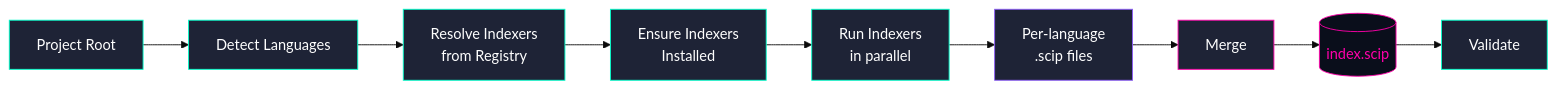
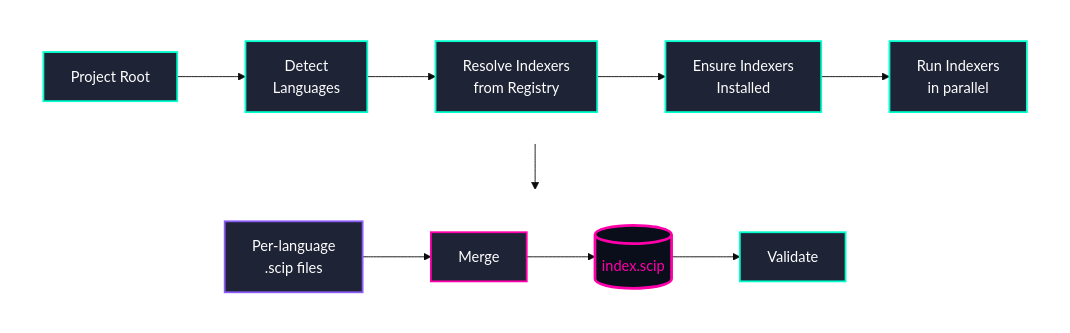
One commit to GlitterKill/scip-io changed the first of 4 diagrams in README.md. Above: the diagram before and after it, drawn with Mermaid (base theme). The commit also changed other lines of this file, not shown here.

First line of the commit message:
Polish README: two-row pipeline diagram and installation docs

````diff
--- a/README.md
+++ b/README.md
@@ -65,21 +65,31 @@
 ```mermaid
-flowchart LR
-    A[Project Root] --> B[Detect Languages]
-    B --> C[Resolve Indexers<br/>from Registry]
-    C --> D[Ensure Indexers<br/>Installed]
-    D --> E[Run Indexers<br/>in parallel]
-    E --> F[Per-language<br/>.scip files]
-    F --> G[Merge]
-    G --> H[(index.scip)]
-    H --> I[Validate]
+flowchart TB
+    subgraph Row1[" "]
+        direction LR
+        A[Project Root] --> B[Detect<br/>Languages]
+        B --> C[Resolve Indexers<br/>from Registry]
+        C --> D[Ensure Indexers<br/>Installed]
+        D --> E[Run Indexers<br/>in parallel]
+    end
 
-    style A fill:#1e2336,stroke:#00ffcc,color:#fff
-    style B fill:#1e2336,stroke:#00ffcc,color:#fff
-    style C fill:#1e2336,stroke:#00ffcc,color:#fff
-    style D fill:#1e2336,stroke:#00ffcc,color:#fff
-    style E fill:#1e2336,stroke:#00ffcc,color:#fff
-    style F fill:#1e2336,stroke:#8b5cf6,color:#fff
-    style G fill:#1e2336,stroke:#ff00aa,color:#fff
-    style H fill:#0a0e1b,stroke:#ff00aa,color:#ff00aa
-    style I fill:#1e2336,stroke:#00ffcc,color:#fff
+    subgraph Row2[" "]
+        direction LR
+        F[Per-language<br/>.scip files] --> G[Merge]
+        G --> H[(index.scip)]
+        H --> I[Validate]
+    end
+
+    E --> F
+
+    style Row1 fill:transparent,stroke:transparent
+    style Row2 fill:transparent,stroke:transparent
+    style A fill:#1e2336,stroke:#00ffcc,stroke-width:2px,color:#fff
+    style B fill:#1e2336,stroke:#00ffcc,stroke-width:2px,color:#fff
+    style C fill:#1e2336,stroke:#00ffcc,stroke-width:2px,color:#fff
+    style D fill:#1e2336,stroke:#00ffcc,stroke-width:2px,color:#fff
+    style E fill:#1e2336,stroke:#00ffcc,stroke-width:2px,color:#fff
+    style F fill:#1e2336,stroke:#8b5cf6,stroke-width:2px,color:#fff
+    style G fill:#1e2336,stroke:#ff00aa,stroke-width:2px,color:#fff
+    style H fill:#0a0e1b,stroke:#ff00aa,stroke-width:3px,color:#ff00aa
+    style I fill:#1e2336,stroke:#00ffcc,stroke-width:2px,color:#fff
 ```
````
